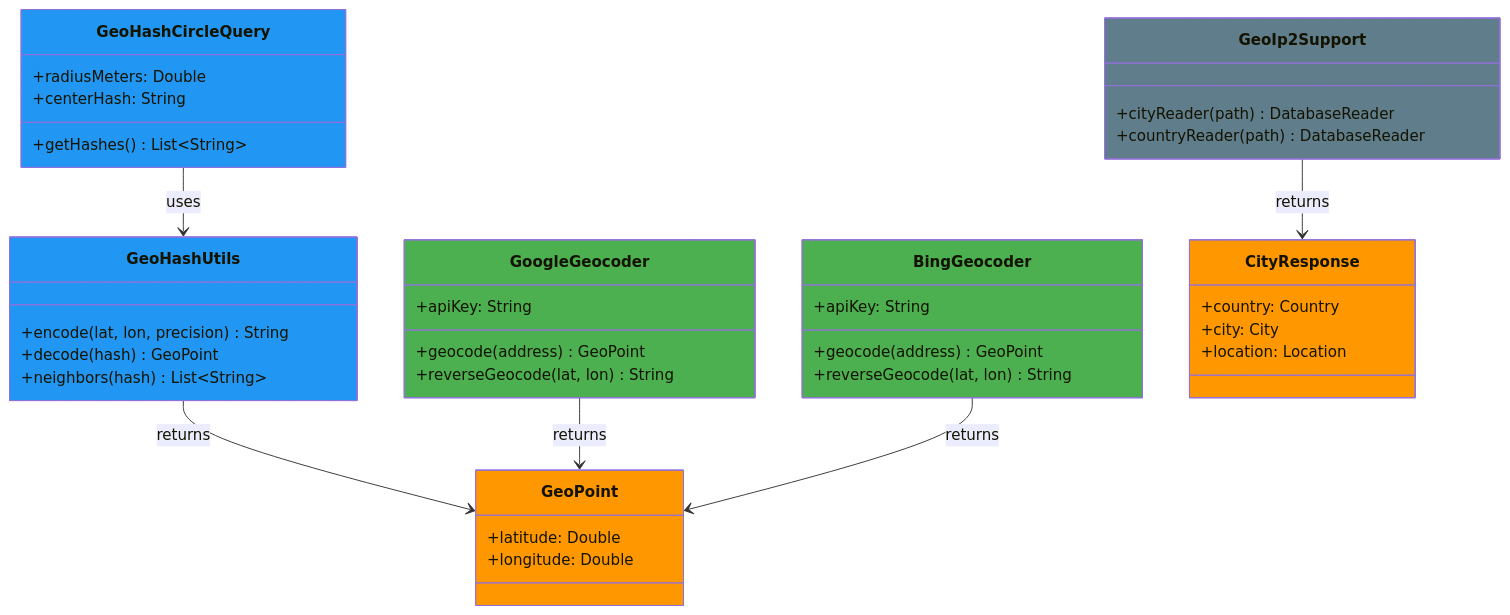
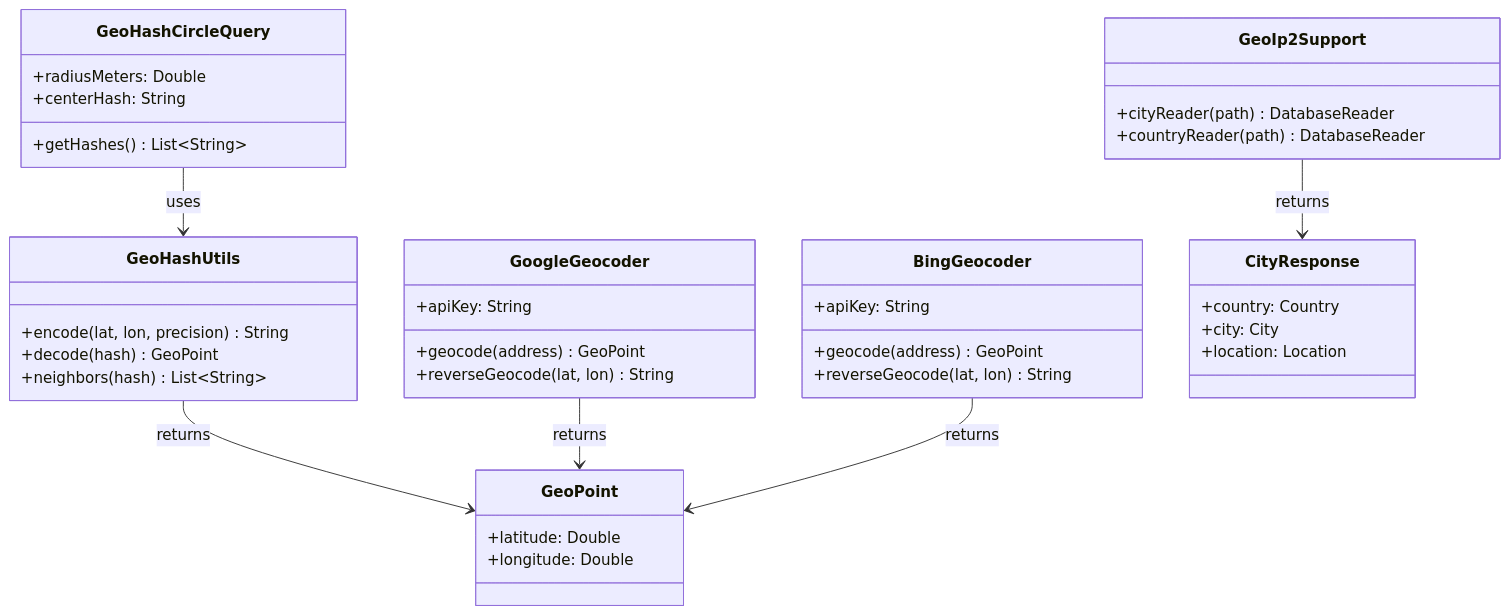
Before and after one commit to bluetape4k/bluetape4k-projects: the second of 2 diagrams in utils/geo/README.md, drawn with Mermaid. The commit also changed 95 other files, not shown here.

First line of the commit message:
docs: Mermaid 파서 오류 전체 수정 (IntelliJ IDEA 호환)

````diff
--- a/utils/geo/README.md
+++ b/utils/geo/README.md
@@ -124,47 +124,43 @@
 ```mermaid
 classDiagram
-    class GeoHashUtils:::utilStyle {
+    class GeoHashUtils {
         +encode(lat, lon, precision) String
         +decode(hash) GeoPoint
         +neighbors(hash) List~String~
     }
-    class GeoHashCircleQuery:::utilStyle {
+    class GeoHashCircleQuery {
         +radiusMeters: Double
         +centerHash: String
         +getHashes() List~String~
     }
-    class GeoPoint:::modelStyle {
+    class GeoPoint {
         +latitude: Double
         +longitude: Double
     }
-    class GoogleGeocoder:::serviceStyle {
+    class GoogleGeocoder {
         +apiKey: String
         +geocode(address) GeoPoint
         +reverseGeocode(lat, lon) String
     }
-    class BingGeocoder:::serviceStyle {
+    class BingGeocoder {
         +apiKey: String
         +geocode(address) GeoPoint
         +reverseGeocode(lat, lon) String
     }
-    class GeoIp2Support:::infraStyle {
+    class GeoIp2Support {
         +cityReader(path) DatabaseReader
         +countryReader(path) DatabaseReader
     }
-    class CityResponse:::modelStyle {
+    class CityResponse {
         +country: Country
         +city: City
         +location: Location
     }
 
     GeoHashCircleQuery --> GeoHashUtils : uses
     GeoHashUtils --> GeoPoint : returns
     GoogleGeocoder --> GeoPoint : returns
     BingGeocoder --> GeoPoint : returns
     GeoIp2Support --> CityResponse : returns
 
-    classDef utilStyle    fill:#2196F3
-    classDef serviceStyle fill:#4CAF50
-    classDef modelStyle   fill:#FF9800
-    classDef infraStyle   fill:#607D8B
 ```
````
